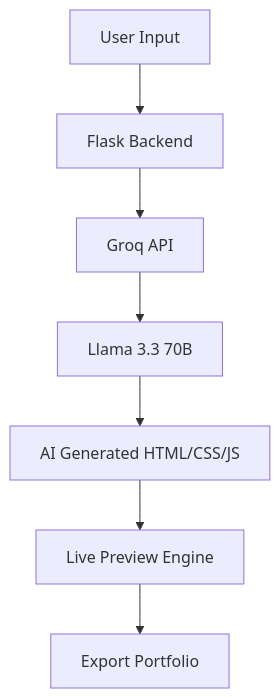
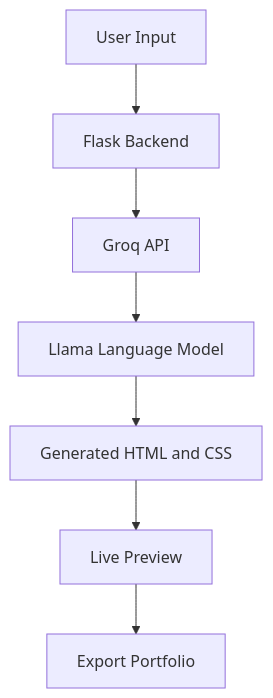
The diagram in README.md (ahmadnazzal22/AI-Portfolio-Generator), drawn with Mermaid before and after one commit. The commit also changed other lines of this file, not shown here.

````diff
--- a/README.md
+++ b/README.md
@@ -85,9 +72,9 @@
 ```mermaid
 graph TD
     A[User Input] --> B[Flask Backend]
     B --> C[Groq API]
-    C --> D[Llama 3.3 70B]
-    D --> E[AI Generated HTML/CSS/JS]
-    E --> F[Live Preview Engine]
+    C --> D[Llama Language Model]
+    D --> E[Generated HTML and CSS]
+    E --> F[Live Preview]
     F --> G[Export Portfolio]
 ```
````
